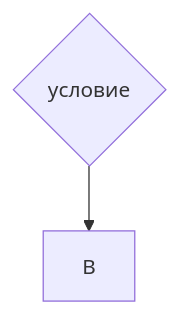
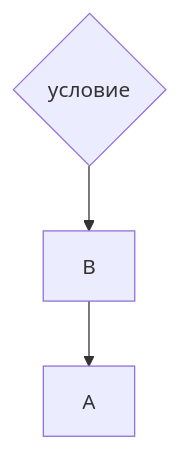
One commit to SofiiaBobr5565/Mermaid_syntax_hints_for_md changed the sixth of 6 diagrams in README.md. Above: the diagram before and after it, drawn with Mermaid.

````diff
--- a/README.md
+++ b/README.md
@@ -63,4 +63,4 @@
 ```mermaid
 flowchart TB
-node8{условие} --> B
+node8{условие}--> B --> A
 ```
````
